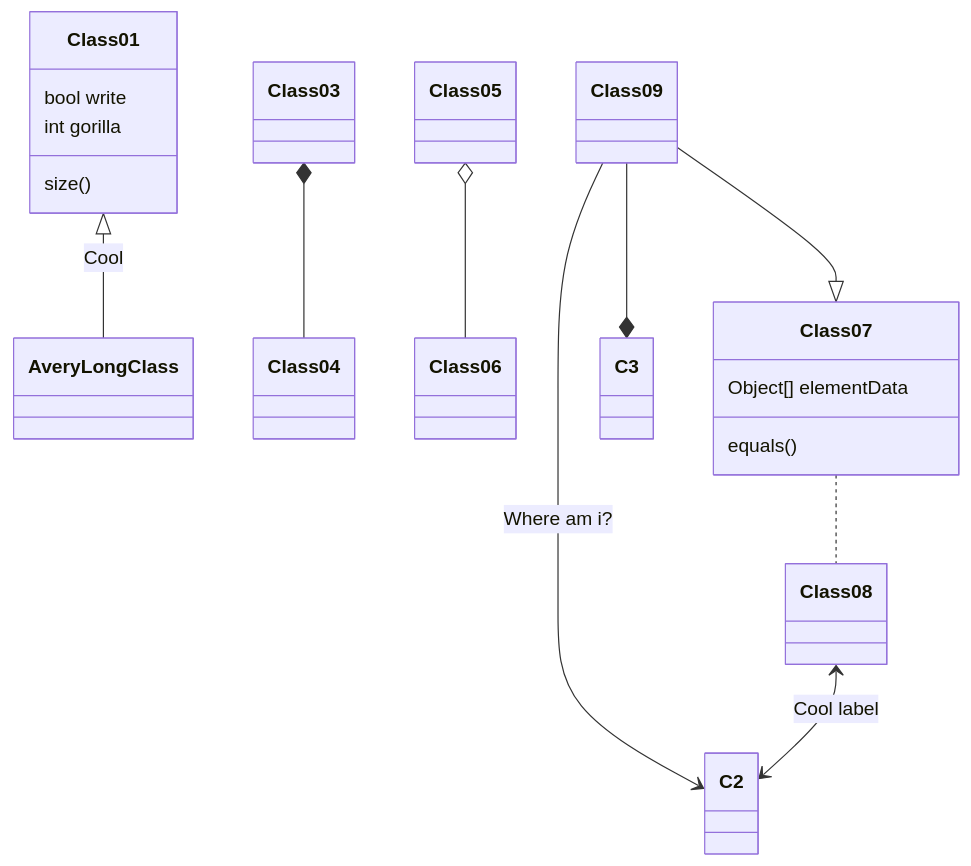
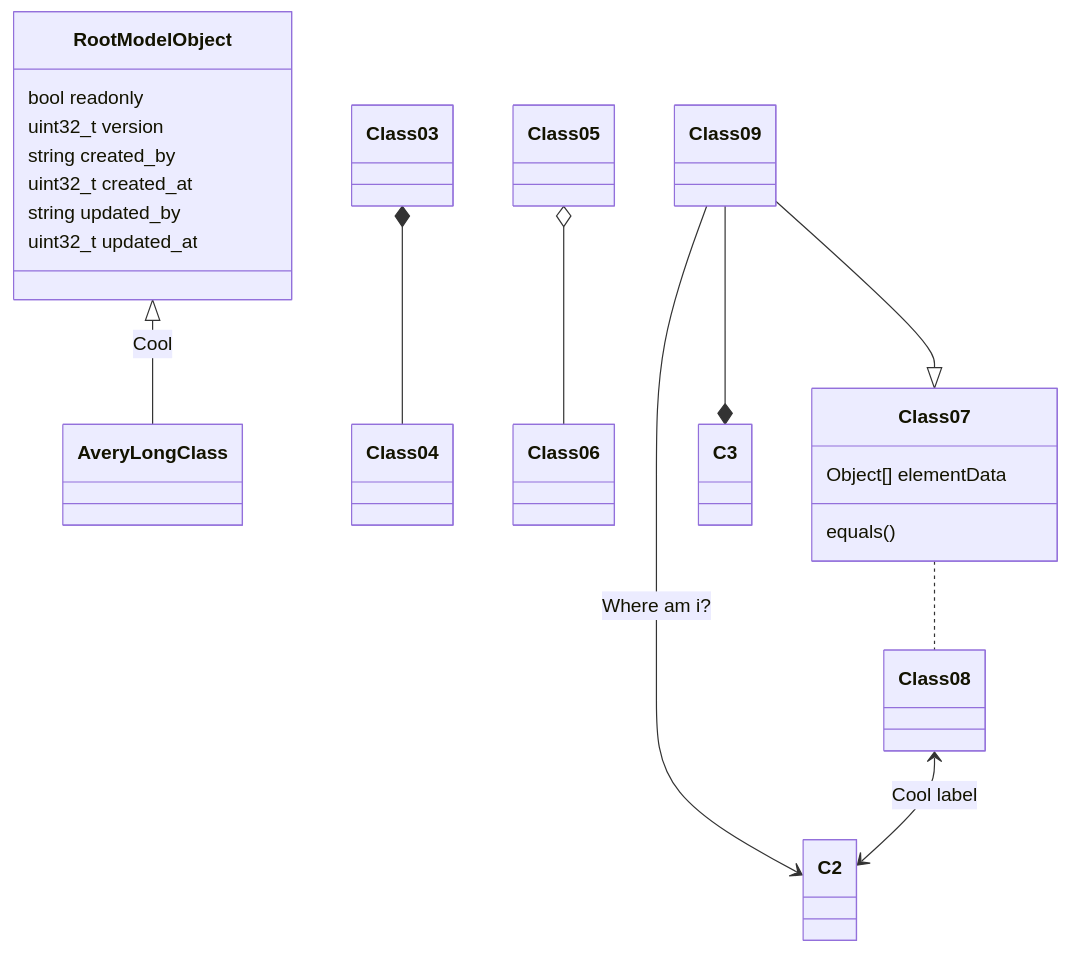
Before and after one commit to MGuillaumeF/hangman-game: the diagram in wiki/dev-rules.md, drawn with Mermaid.

````diff
--- a/wiki/dev-rules.md
+++ b/wiki/dev-rules.md
@@ -57,17 +57,20 @@
 ```mermaid
 classDiagram
-Class01 <|-- AveryLongClass : Cool
+RootModelObject <|-- AveryLongClass : Cool
 Class03 *-- Class04
 Class05 o-- Class06
 Class07 .. Class08
 Class09 --> C2 : Where am i?
 Class09 --* C3
 Class09 --|> Class07
 Class07 : equals()
 Class07 : Object[] elementData
-Class01 : size()
-Class01 : bool write
-Class01 : int gorilla
+RootModelObject : bool readonly
+RootModelObject : uint32_t version
+RootModelObject : string created_by
+RootModelObject : uint32_t created_at
+RootModelObject : string updated_by
+RootModelObject : uint32_t updated_at
 Class08 <--> C2: Cool label
 
 ```
````
